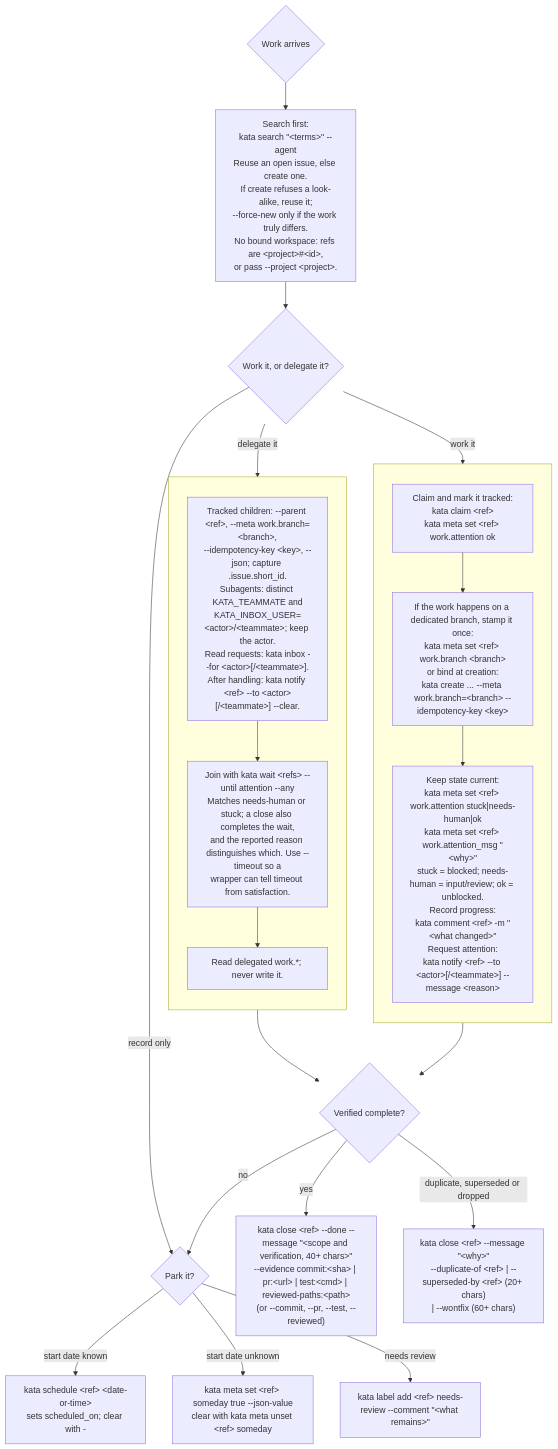
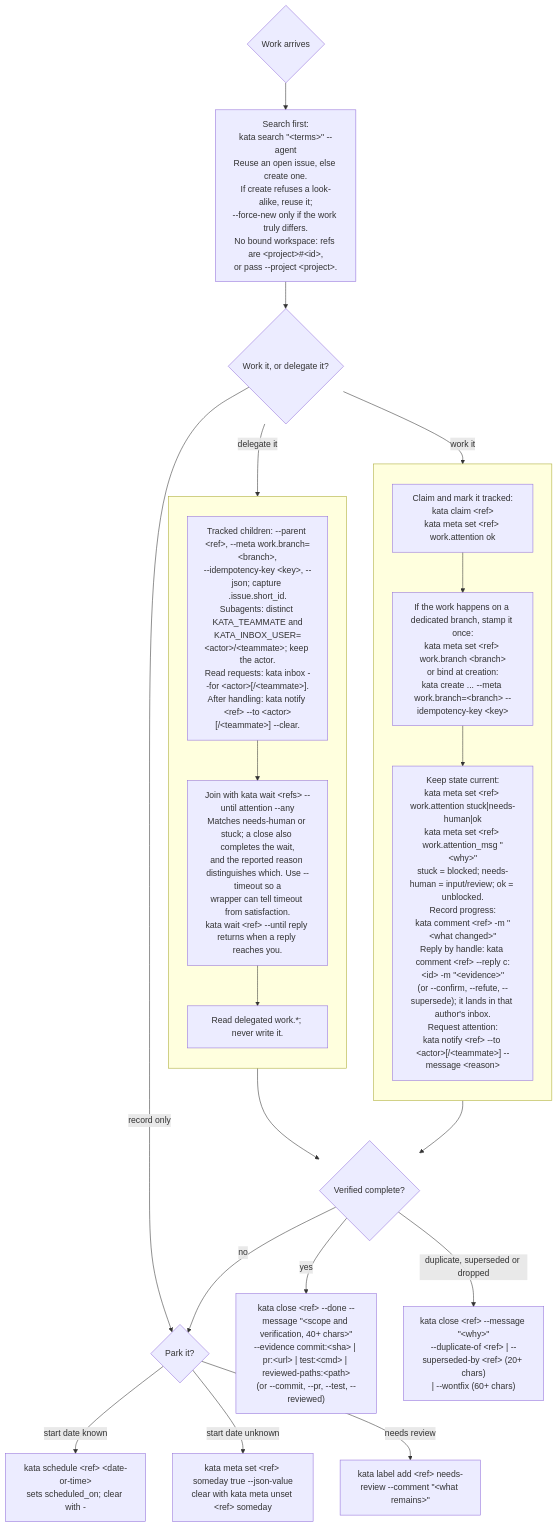
One commit to kenn-io/kata changed the diagram in README.md. Above: the diagram before and after it, drawn with Mermaid. The commit also changed other lines of this file and 5 other files, not shown here.

````diff
--- a/README.md
+++ b/README.md
@@ -83,35 +83,35 @@
 ```mermaid
 flowchart TB
   arrive{"Work arrives"} --> search["Search first:<br/>kata search #34;#60;terms#62;#34; --agent<br/>Reuse an open issue, else create one.<br/>If create refuses a look-alike, reuse it;<br/>--force-new only if the work truly differs.<br/>No bound workspace: refs are #60;project#62;##60;id#62;,<br/>or pass --project #60;project#62;."]
   search --> route{"Work it, or delegate it?"}
 
   subgraph workside[" "]
     direction TB
     claim["Claim and mark it tracked:<br/>kata claim #60;ref#62;<br/>kata meta set #60;ref#62; work.attention ok"]
     branch["If the work happens on a dedicated branch, stamp it once:<br/>kata meta set #60;ref#62; work.branch #60;branch#62;<br/>or bind at creation:<br/>kata create ... --meta work.branch=#60;branch#62; --idempotency-key #60;key#62;"]
-    live["Keep state current:<br/>kata meta set #60;ref#62; work.attention stuck#124;needs-human#124;ok<br/>kata meta set #60;ref#62; work.attention_msg #34;#60;why#62;#34;<br/>stuck = blocked; needs-human = input/review; ok = unblocked.<br/>Record progress:<br/>kata comment #60;ref#62; -m #34;#60;what changed#62;#34;<br/>Request attention:<br/>kata notify #60;ref#62; --to #60;actor#62;[/#60;teammate#62;] --message #60;reason#62;"]
+    live["Keep state current:<br/>kata meta set #60;ref#62; work.attention stuck#124;needs-human#124;ok<br/>kata meta set #60;ref#62; work.attention_msg #34;#60;why#62;#34;<br/>stuck = blocked; needs-human = input/review; ok = unblocked.<br/>Record progress:<br/>kata comment #60;ref#62; -m #34;#60;what changed#62;#34;<br/>Reply by handle: kata comment #60;ref#62; --reply c:#60;id#62; -m #34;#60;evidence#62;#34;<br/>(or --confirm, --refute, --supersede); it lands in that author's inbox.<br/>Request attention:<br/>kata notify #60;ref#62; --to #60;actor#62;[/#60;teammate#62;] --message #60;reason#62;"]
     claim --> branch --> live
   end
 
   subgraph delegateside[" "]
     direction TB
     fanout["Tracked children: --parent #60;ref#62;, --meta work.branch=#60;branch#62;,<br/>--idempotency-key #60;key#62;, --json; capture .issue.short_id.<br/>Subagents: distinct KATA_TEAMMATE and<br/>KATA_INBOX_USER=#60;actor#62;/#60;teammate#62;; keep the actor.<br/>Read requests: kata inbox --for #60;actor#62;[/#60;teammate#62;].<br/>After handling: kata notify #60;ref#62; --to #60;actor#62;[/#60;teammate#62;] --clear."]
-    join["Join with kata wait #60;refs#62; --until attention --any<br/>Matches needs-human or stuck; a close also completes the wait,<br/>and the reported reason distinguishes which. Use --timeout so a<br/>wrapper can tell timeout from satisfaction."]
+    join["Join with kata wait #60;refs#62; --until attention --any<br/>Matches needs-human or stuck; a close also completes the wait,<br/>and the reported reason distinguishes which. Use --timeout so a<br/>wrapper can tell timeout from satisfaction.<br/>kata wait #60;ref#62; --until reply returns when a reply reaches you."]
     coord["Read delegated work.*; never write it."]
     fanout --> join --> coord
   end
 
   route -->|work it| claim
   route -->|delegate it| fanout
   route -->|record only| park
   live --> done
   coord --> done
 
   done{"Verified complete?"}
   done -->|yes| close["kata close #60;ref#62; --done --message #34;#60;scope and verification, 40+ chars#62;#34;<br/>--evidence commit:#60;sha#62; #124; pr:#60;url#62; #124; test:#60;cmd#62; #124; reviewed-paths:#60;path#62;<br/>(or --commit, --pr, --test, --reviewed)"]
   done -->|duplicate, superseded or dropped| retire["kata close #60;ref#62; --message #34;#60;why#62;#34;<br/>--duplicate-of #60;ref#62; #124; --superseded-by #60;ref#62; (20+ chars)<br/>#124; --wontfix (60+ chars)"]
   done -->|no| park{"Park it?"}
   park -->|start date known| schedule["kata schedule #60;ref#62; #60;date-or-time#62;<br/>sets scheduled_on; clear with -"]
   park -->|start date unknown| someday["kata meta set #60;ref#62; someday true --json-value<br/>clear with kata meta unset #60;ref#62; someday"]
   park -->|needs review| review["kata label add #60;ref#62; needs-review --comment #34;#60;what remains#62;#34;"]
 ```
````
